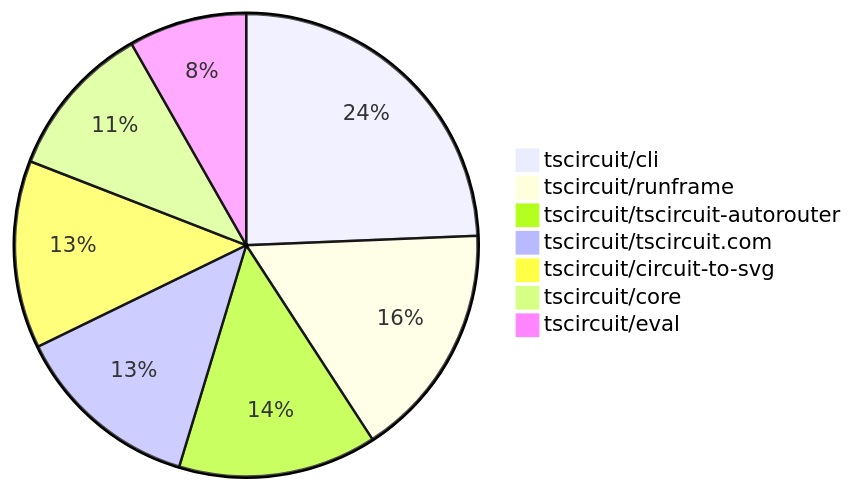
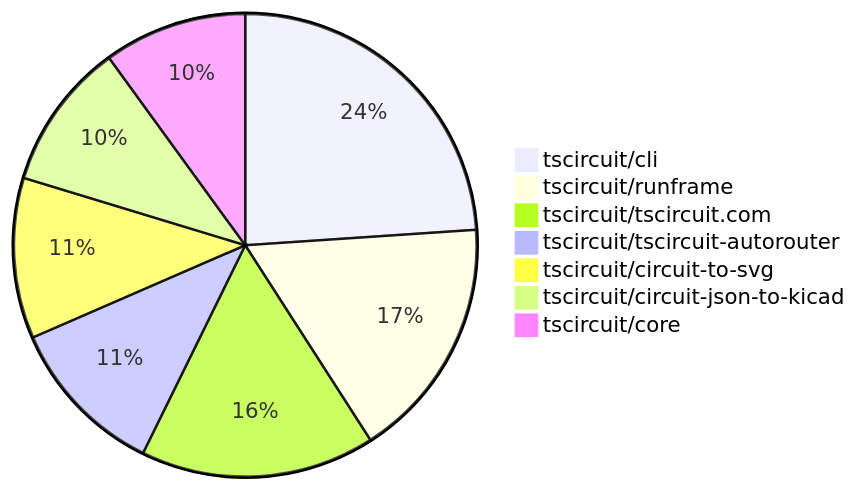
One commit to tscircuit/contribution-tracker changed the second of 2 diagrams in README.md. Above: the diagram before and after it, drawn with Mermaid. The commit also changed other lines of this file and 3 other files, not shown here.

````diff
--- a/README.md
+++ b/README.md
@@ -127,10 +142,10 @@
 ```mermaid
 pie
-    "tscircuit/cli" : 65
-    "tscircuit/runframe" : 44
+    "tscircuit/cli" : 79
+    "tscircuit/runframe" : 56
+    "tscircuit/tscircuit.com" : 54
     "tscircuit/tscircuit-autorouter" : 37
-    "tscircuit/tscircuit.com" : 35
-    "tscircuit/circuit-to-svg" : 35
-    "tscircuit/core" : 29
-    "tscircuit/eval" : 22
+    "tscircuit/circuit-to-svg" : 37
+    "tscircuit/circuit-json-to-kicad" : 34
+    "tscircuit/core" : 33
 ```
````
